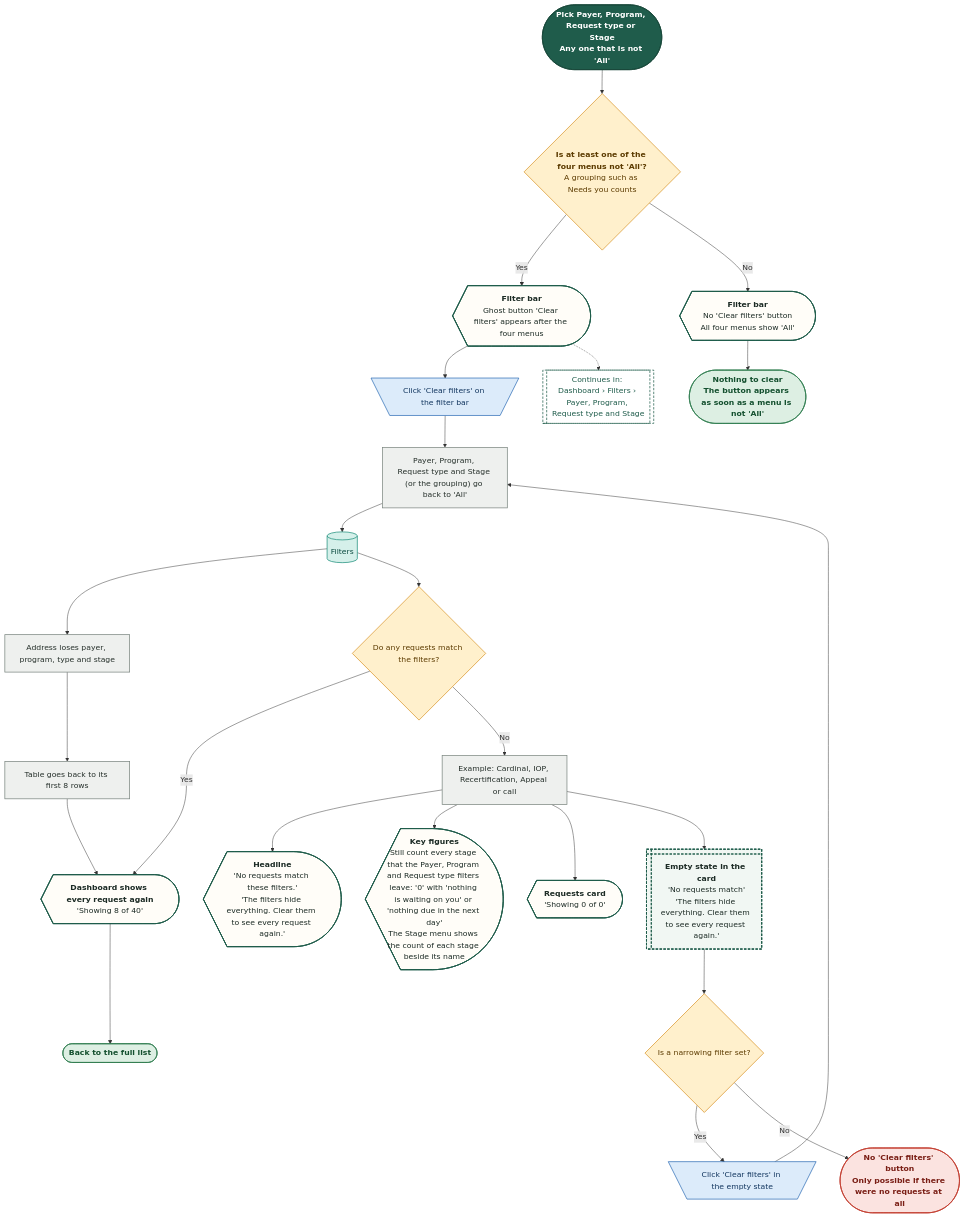
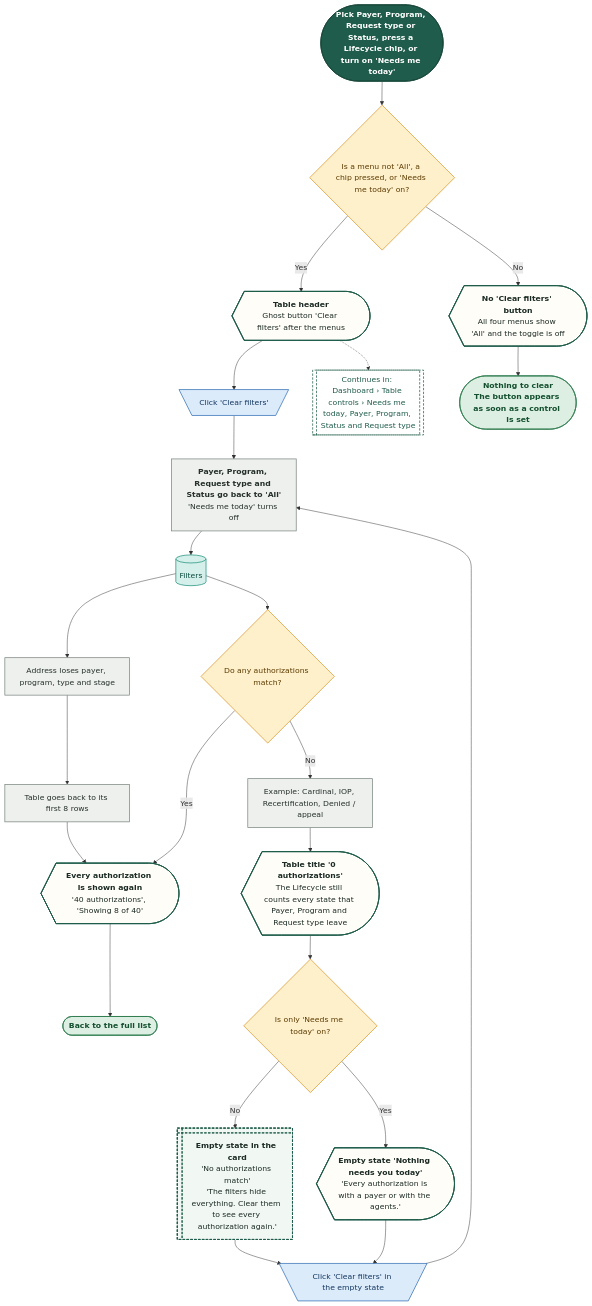
One commit to Shrav143/psyfloapp changed the seventh of 21 diagrams in demos/prior-auth-demo/workflows/out/md/02-dashboard.md. Above: the diagram before and after it, drawn with Mermaid. The commit also changed other lines of this file and 251 other files, not shown here.

First line of the commit message:
docs: rebuild the workflow diagrams (291) for round 4

````diff
--- a/demos/prior-auth-demo/workflows/out/md/02-dashboard.md
+++ b/demos/prior-auth-demo/workflows/out/md/02-dashboard.md
@@ -427,63 +479,59 @@
 ```mermaid
 %%{init: {"theme":"base","themeVariables":{"fontFamily":"'DM Sans', 'Segoe UI', system-ui, sans-serif","fontSize":"15px","lineColor":"#5B6B63","primaryTextColor":"#1C2B25","clusterBkg":"#FBF8F3","clusterBorder":"#D9CDBB","edgeLabelBackground":"#FFFFFF"},"flowchart":{"curve":"basis","nodeSpacing":36,"rankSpacing":48,"padding":12,"htmlLabels":true,"useMaxWidth":false,"wrappingWidth":230}} }%%
 flowchart TD
   classDef k_start fill:#1F5C4B,stroke:#174638,color:#FFFFFF,stroke-width:1.5px,font-weight:600
   classDef k_end fill:#DDEFE3,stroke:#2E7D4F,color:#14502F,stroke-width:1.5px,font-weight:600
   classDef k_endx fill:#FBE3E0,stroke:#C0392B,color:#7A1F16,stroke-width:1.5px,font-weight:600
   classDef k_screen fill:#FFFDF8,stroke:#1F5C4B,color:#1C2B25,stroke-width:2px
   classDef k_overlay fill:#F1F7F3,stroke:#1F5C4B,color:#1C2B25,stroke-width:2px,stroke-dasharray:5 3
   classDef k_click fill:#DCEBFA,stroke:#2F6DB5,color:#12365F,stroke-width:1.5px
   classDef k_input fill:#E4E7FF,stroke:#4C5FD5,color:#1D2670,stroke-width:1.5px
   classDef k_process fill:#EEF0EE,stroke:#7A857F,color:#26302B,stroke-width:1.5px
   classDef k_agent fill:#EEE5FA,stroke:#7A4FC2,color:#341A63,stroke-width:1.5px
   classDef k_decision fill:#FFF0CC,stroke:#D9962B,color:#5C3B00,stroke-width:1.5px
   classDef k_store fill:#D5F0EA,stroke:#1C8E7B,color:#0B4A3F,stroke-width:1.5px
   classDef k_doc fill:#F6E9DC,stroke:#B07A4C,color:#4A2E14,stroke-width:1.5px
   classDef k_ext fill:#FFE6D2,stroke:#E07B39,color:#6B2F06,stroke-width:1.5px
   classDef k_wait fill:#E4E8EE,stroke:#6B7C93,color:#26303D,stroke-width:1.5px
   classDef k_toast fill:#FFF9DB,stroke:#C9A400,color:#5A4A00,stroke-width:1.5px
   classDef k_goto fill:#FFFFFF,stroke:#1F5C4B,color:#1F5C4B,stroke-width:1.5px,stroke-dasharray:5 3
-  s1@{ shape: stadium, label: "<b>Pick Payer, Program, Request type or Stage</b><br/>Any one that is not 'All'" }
-  d1@{ shape: diam, label: "<b>Is at least one of the four menus not 'All'?</b><br/>A grouping such as Needs you counts" }
-  sc1@{ shape: curv-trap, label: "<b>Filter bar</b><br/>Ghost button 'Clear filters' appears after the four menus" }
-  sc0@{ shape: curv-trap, label: "<b>Filter bar</b><br/>No 'Clear filters' button<br/>All four menus show 'All'" }
-  c1@{ shape: trap-t, label: "Click 'Clear filters' on the filter bar" }
-  p1@{ shape: rect, label: "Payer, Program, Request type and Stage (or the grouping) go back to 'All'" }
+  s1@{ shape: stadium, label: "Pick Payer, Program, Request type or Status, press a Lifecycle chip, or turn on 'Needs me today'" }
+  d1@{ shape: diam, label: "Is a menu not 'All', a chip pressed, or 'Needs me today' on?" }
+  sc1@{ shape: curv-trap, label: "<b>Table header</b><br/>Ghost button 'Clear filters' after the menus" }
+  sc0@{ shape: curv-trap, label: "<b>No 'Clear filters' button</b><br/>All four menus show 'All' and the toggle is off" }
+  c1@{ shape: trap-t, label: "Click 'Clear filters'" }
+  p1@{ shape: rect, label: "<b>Payer, Program, Request type and Status go back to 'All'</b><br/>'Needs me today' turns off" }
   w1@{ shape: cyl, label: "Filters" }
   p2@{ shape: rect, label: "Address loses payer, program, type and stage" }
   p3@{ shape: rect, label: "Table goes back to its first 8 rows" }
-  sc2@{ shape: curv-trap, label: "<b>Dashboard shows every request again</b><br/>'Showing 8 of 40'" }
+  sc2@{ shape: curv-trap, label: "<b>Every authorization is shown again</b><br/>'40 authorizations', 'Showing 8 of 40'" }
   e1@{ shape: stadium, label: "Back to the full list" }
-  e0@{ shape: stadium, label: "<b>Nothing to clear</b><br/>The button appears as soon as a menu is not 'All'" }
-  d2@{ shape: diam, label: "Do any requests match the filters?" }
-  p4@{ shape: rect, label: "Example: Cardinal, IOP, Recertification, Appeal or call" }
-  em1@{ shape: curv-trap, label: "<b>Headline</b><br/>'No requests match these filters.'<br/>'The filters hide everything. Clear them to see every request again.'" }
-  em2@{ shape: curv-trap, label: "<b>Key figures</b><br/>Still count every stage that the Payer, Program and Request type filters leave: '0' with 'nothing is waiting on you' or 'nothing due in the next day'<br/>The Stage menu shows the count of each stage beside its name" }
-  em3@{ shape: curv-trap, label: "<b>Requests card</b><br/>'Showing 0 of 0'" }
-  em4@{ shape: win-pane, label: "<b>Empty state in the card</b><br/>'No requests match'<br/>'The filters hide everything. Clear them to see every request again.'" }
-  d3@{ shape: diam, label: "Is a narrowing filter set?" }
+  e0@{ shape: stadium, label: "<b>Nothing to clear</b><br/>The button appears as soon as a control is set" }
+  d2@{ shape: diam, label: "Do any authorizations match?" }
+  p4@{ shape: rect, label: "Example: Cardinal, IOP, Recertification, Denied / appeal" }
+  em1@{ shape: curv-trap, label: "<b>Table title '0 authorizations'</b><br/>The Lifecycle still counts every state that Payer, Program and Request type leave" }
+  em4@{ shape: win-pane, label: "<b>Empty state in the card</b><br/>'No authorizations match'<br/>'The filters hide everything. Clear them to see every authorization again.'" }
+  d3@{ shape: diam, label: "Is only 'Needs me today' on?" }
+  em5@{ shape: curv-trap, label: "<b>Empty state 'Nothing needs you today'</b><br/>'Every authorization is with a payer or with the agents.'" }
   c2@{ shape: trap-t, label: "Click 'Clear filters' in the empty state" }
-  x1@{ shape: stadium, label: "<b>No 'Clear filters' button</b><br/>Only possible if there were no requests at all" }
-  g1@{ shape: subproc, label: "Continues in: Dashboard › Filters › Payer, Program, Request type and Stage" }
+  g1@{ shape: subproc, label: "Continues in: Dashboard › Table controls › Needs me today, Payer, Program, Status and Request type" }
   s1 --> d1
   d1 -->|"Yes"| sc1 --> c1 --> p1 --> w1 --> p2 --> p3 --> sc2 --> e1
   d1 -->|"No"| sc0 --> e0
   w1 --> d2
   d2 -->|"Yes"| sc2
   d2 -->|"No"| p4
-  p4 --> em1 & em2 & em3 & em4
-  em4 --> d3
-  d3 -->|"Yes"| c2 --> p1
-  d3 -->|"No"| x1
+  p4 --> em1 --> d3
+  d3 -->|"No"| em4 --> c2 --> p1
+  d3 -->|"Yes"| em5 --> c2
   sc1 -.-> g1
   class s1 k_start
   class d1,d2,d3 k_decision
-  class sc1,sc0,sc2,em1,em2,em3 k_screen
+  class sc1,sc0,sc2,em1,em5 k_screen
   class c1,c2 k_click
   class p1,p2,p3,p4 k_process
   class w1 k_store
   class e1,e0 k_end
   class em4 k_overlay
-  class x1 k_endx
   class g1 k_goto
 ```
````
